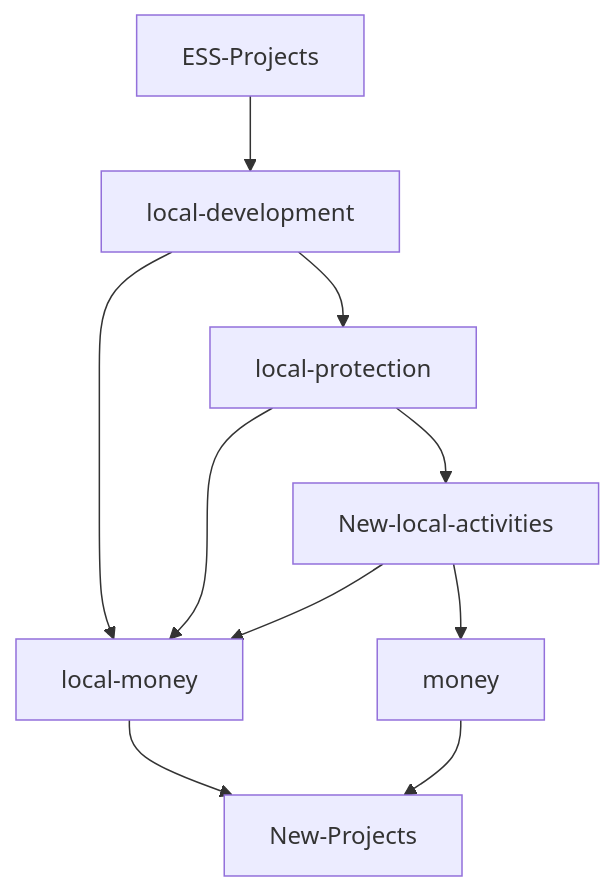
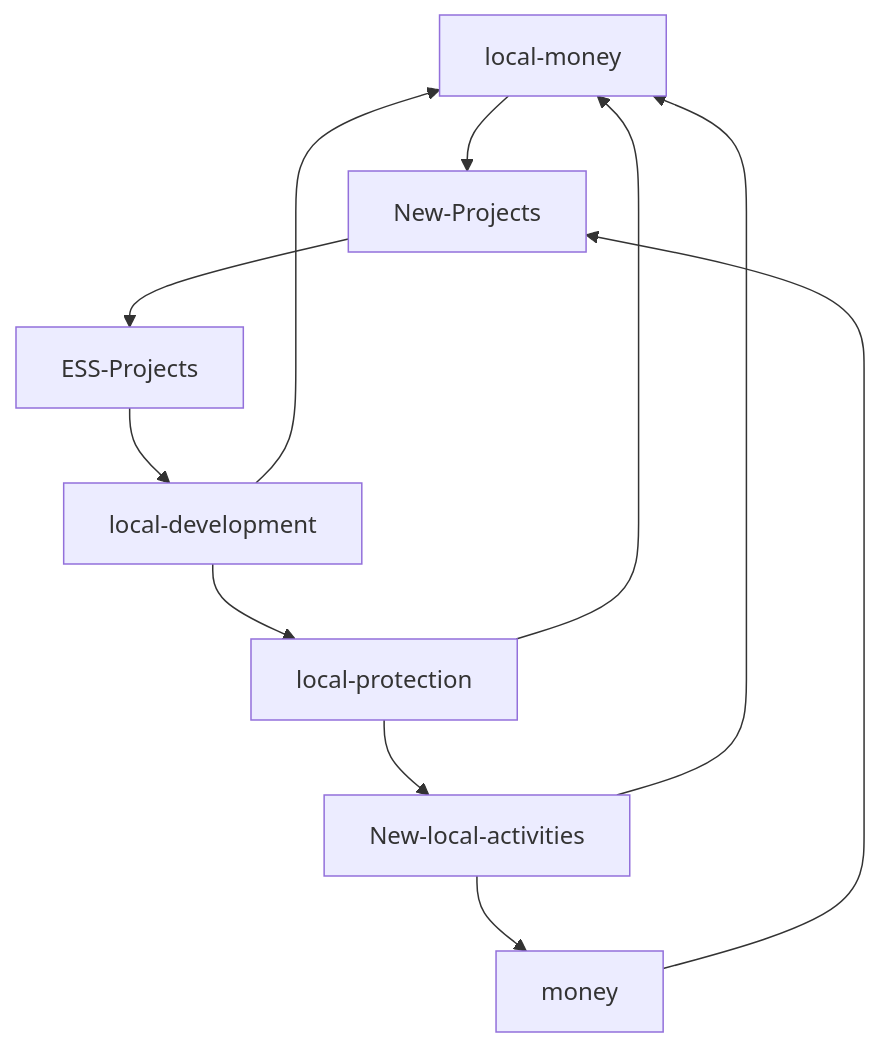
Before and after one commit to franckdun/franckdun: the diagram in README.md, drawn with Mermaid.

````diff
--- a/README.md
+++ b/README.md
@@ -109,12 +109,14 @@
 ```mermaid
   graph TD;
        local-money-->New-Projects;
        ESS-Projects-->local-development;
        local-development-->local-protection;
        local-development-->local-money;
        local-protection-->New-local-activities;
        local-protection-->local-money;
        New-local-activities-->local-money;
        New-local-activities-->money;
        money-->New-Projects;
+       New-Projects-->ESS-Projects;
+
 ```
````
